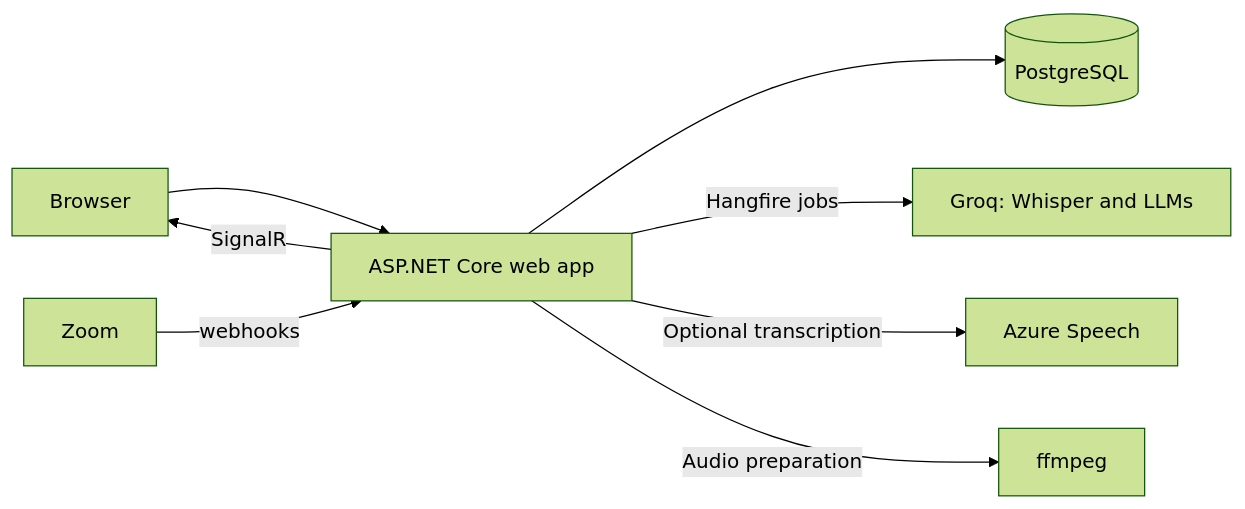
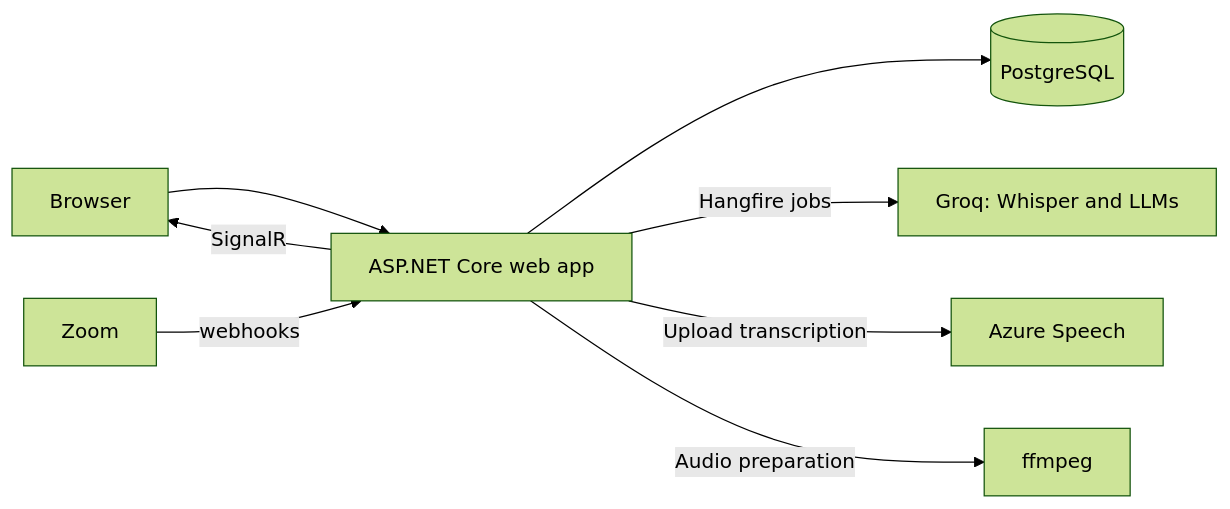
One commit to sametulas57/BriefynAI changed the diagram in README.md. Above: the diagram before and after it, drawn with Mermaid (forest theme). The commit also changed other lines of this file and 8 other files, not shown here.

````diff
--- a/README.md
+++ b/README.md
@@ -21,10 +21,10 @@
 ```mermaid
 flowchart LR
     U[Browser] --> W[ASP.NET Core web app]
     Z[Zoom] -->|webhooks| W
     W --> D[(PostgreSQL)]
     W -->|Hangfire jobs| G[Groq: Whisper and LLMs]
-    W -->|Optional transcription| A[Azure Speech]
+    W -->|Upload transcription| A[Azure Speech]
     W -->|Audio preparation| F[ffmpeg]
     W -->|SignalR| U
 ```
````
